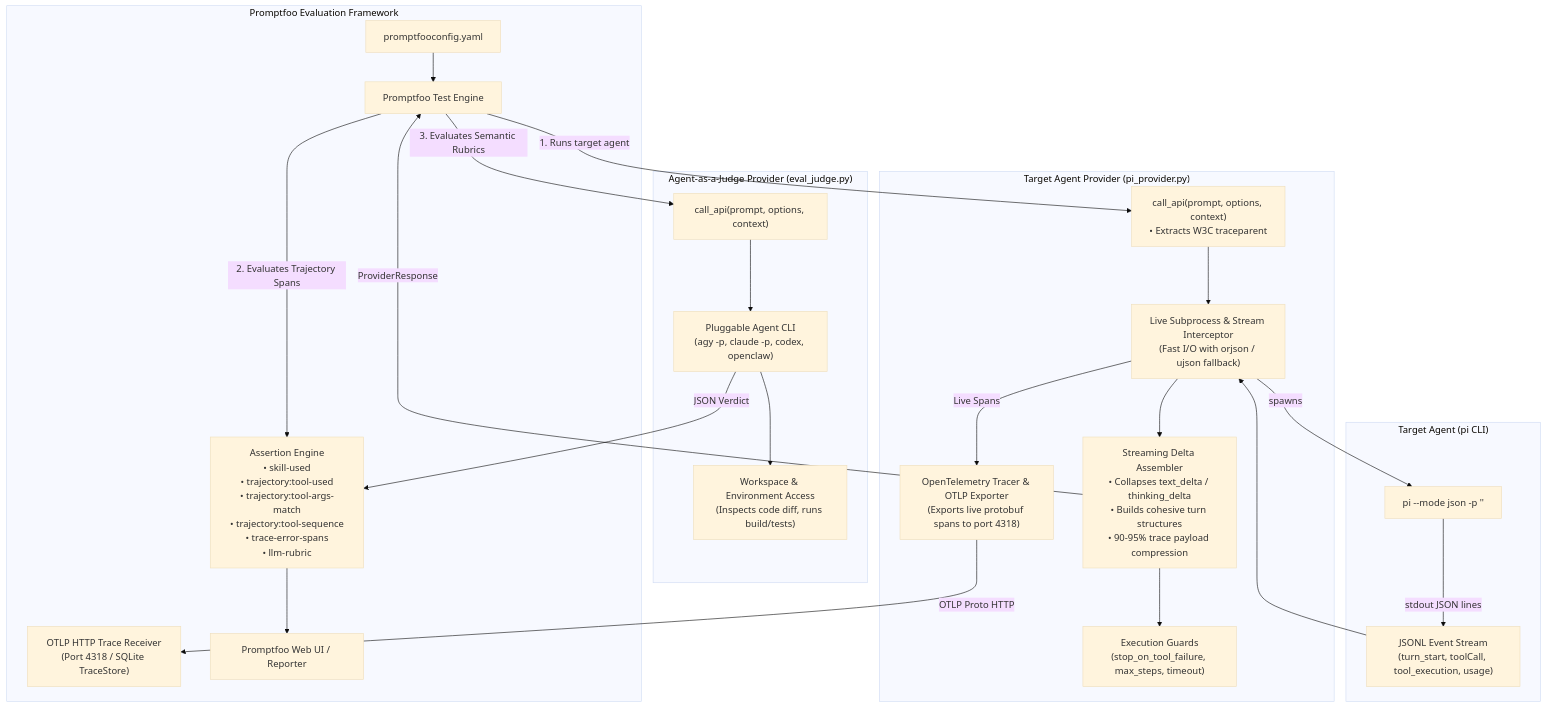
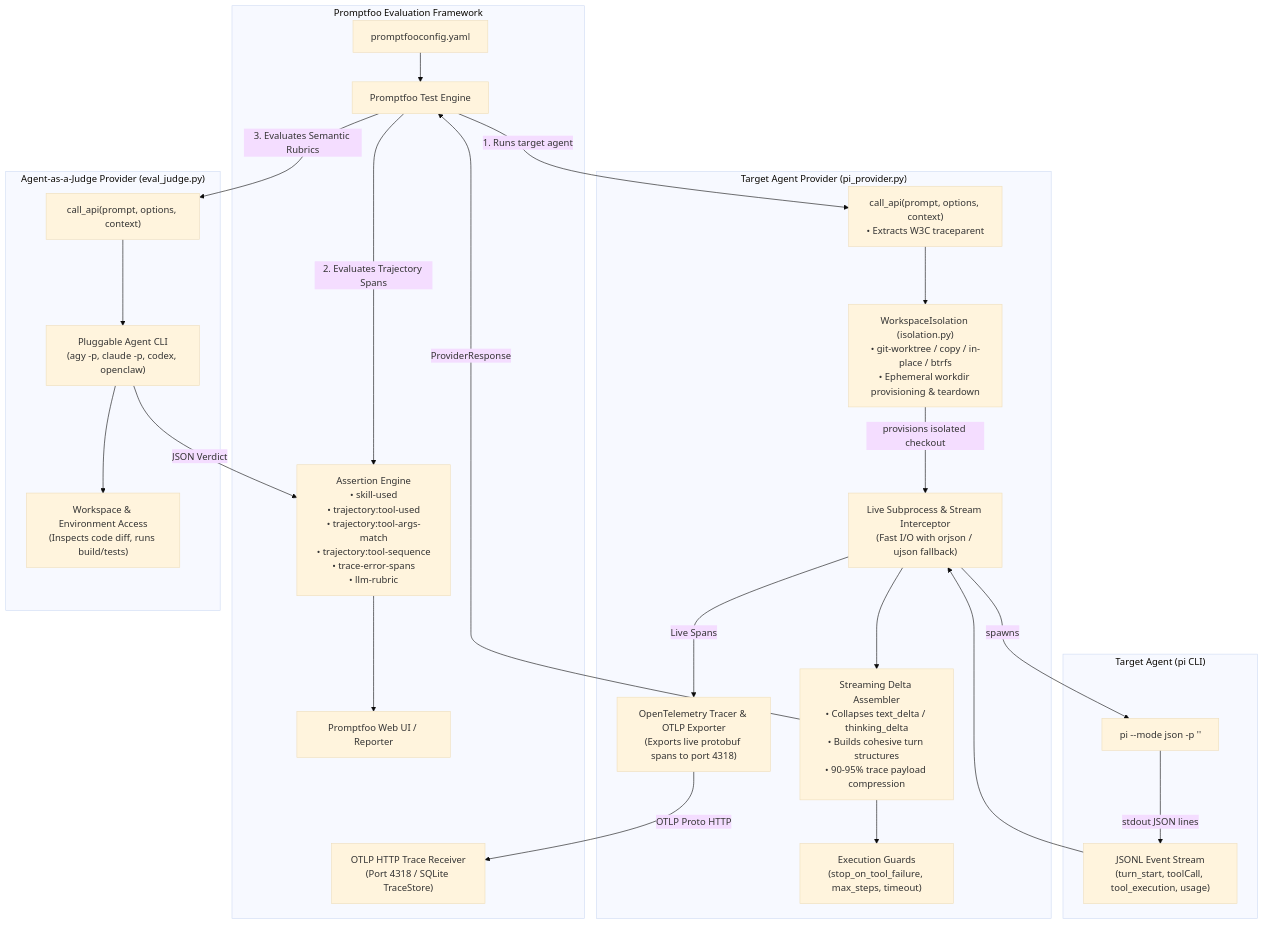
The first of 2 diagrams in ARCHITECTURE.md (vptyp/promptfoo-eval-pi), drawn with Mermaid (base theme) before and after one commit.

Commit message:
[docs] Update ARCHITECTURE.md diagram with WorkspaceIsolation provisioning flow
:Description:
- Updated high-level Mermaid architecture diagram in ARCHITECTURE.md to show WorkspaceIsolation provisioning the isolated checkout before subprocess execution.

:Testing:
- Verified diagram rendering.

````diff
--- a/ARCHITECTURE.md
+++ b/ARCHITECTURE.md
@@ -9,47 +9,49 @@
 ```mermaid
 flowchart TD
     subgraph PF [Promptfoo Evaluation Framework]
         Config["promptfooconfig.yaml"]
         Runner["Promptfoo Test Engine"]
         OTLPRecv["OTLP HTTP Trace Receiver\n(Port 4318 / SQLite TraceStore)"]
         UI["Promptfoo Web UI / Reporter"]
         Assertions["Assertion Engine\n• skill-used\n• trajectory:tool-used\n• trajectory:tool-args-match\n• trajectory:tool-sequence\n• trace-error-spans\n• llm-rubric"]
     end
 
     subgraph Provider ["Target Agent Provider (pi_provider.py)"]
         Entry["call_api(prompt, options, context)\n• Extracts W3C traceparent"]
+        IsoManager["WorkspaceIsolation (isolation.py)\n• git-worktree / copy / in-place / btrfs\n• Ephemeral workdir provisioning & teardown"]
         StreamRunner["Live Subprocess & Stream Interceptor\n(Fast I/O with orjson / ujson fallback)"]
         DeltaAssembler["Streaming Delta Assembler\n• Collapses text_delta / thinking_delta\n• Builds cohesive turn structures\n• 90-95% trace payload compression"]
         OTelExporter["OpenTelemetry Tracer & OTLP Exporter\n(Exports live protobuf spans to port 4318)"]
         Guard["Execution Guards\n(stop_on_tool_failure, max_steps, timeout)"]
     end
 
     subgraph JudgeProvider ["Agent-as-a-Judge Provider (eval_judge.py)"]
         JudgeEntry["call_api(prompt, options, context)"]
         JudgeCLI["Pluggable Agent CLI\n(agy -p, claude -p, codex, openclaw)"]
         JudgeEnv["Workspace & Environment Access\n(Inspects code diff, runs build/tests)"]
     end
 
     subgraph Target ["Target Agent (pi CLI)"]
         PiProc["pi --mode json -p '<prompt>'"]
         JSONL["JSONL Event Stream\n(turn_start, toolCall, tool_execution, usage)"]
     end
 
     Config --> Runner
     Runner -->|1. Runs target agent| Entry
-    Entry --> StreamRunner
+    Entry --> IsoManager
+    IsoManager -->|provisions isolated checkout| StreamRunner
     StreamRunner -->|spawns| PiProc
     PiProc -->|stdout JSON lines| JSONL
     JSONL --> StreamRunner
     StreamRunner --> DeltaAssembler
     DeltaAssembler --> Guard
     StreamRunner -->|Live Spans| OTelExporter
     OTelExporter -->|OTLP Proto HTTP| OTLPRecv
     DeltaAssembler -->|ProviderResponse| Runner
     Runner -->|2. Evaluates Trajectory Spans| Assertions
     Runner -->|3. Evaluates Semantic Rubrics| JudgeEntry
     JudgeEntry --> JudgeCLI
     JudgeCLI --> JudgeEnv
     JudgeCLI -->|JSON Verdict| Assertions
     Assertions --> UI
 ```
````
